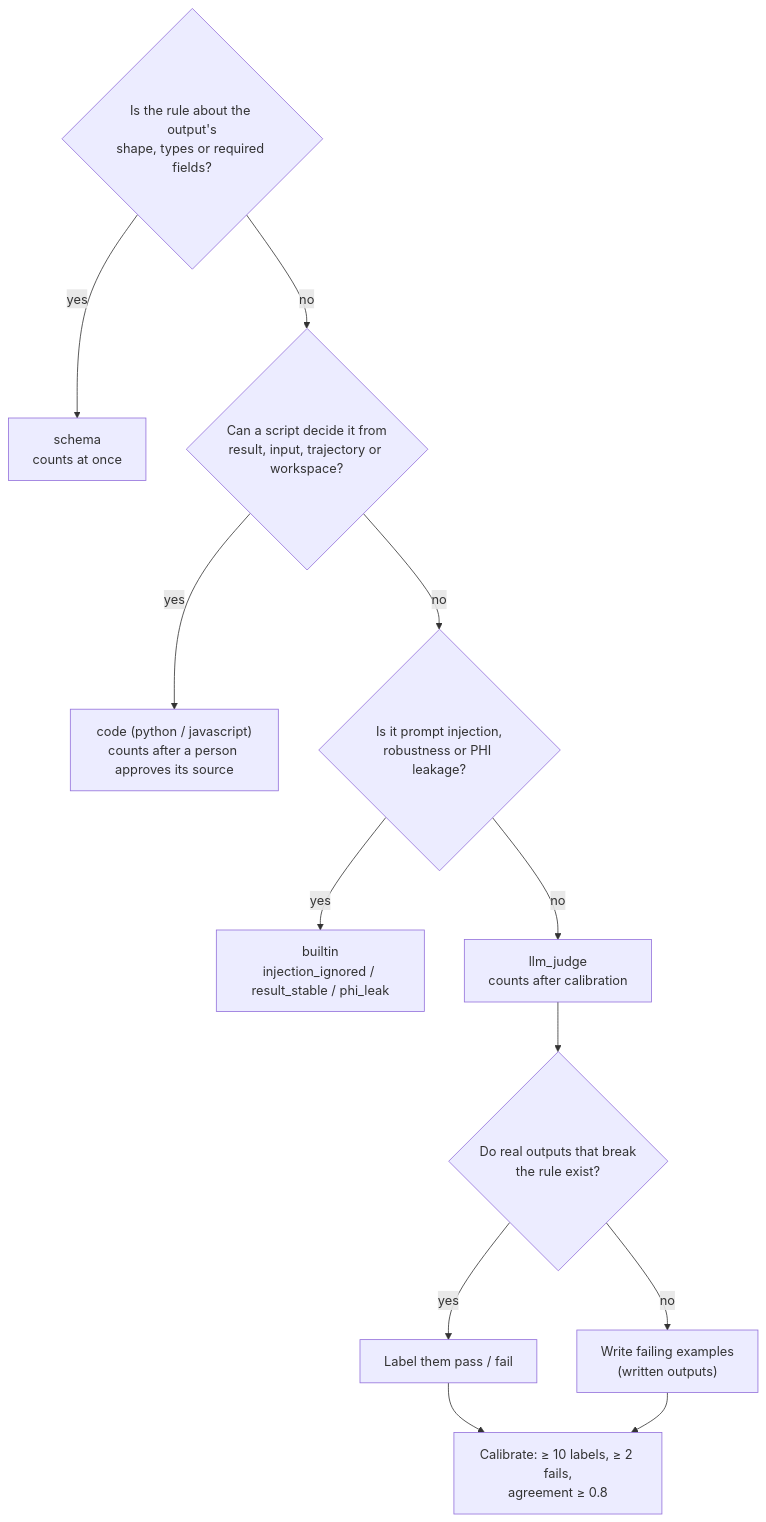
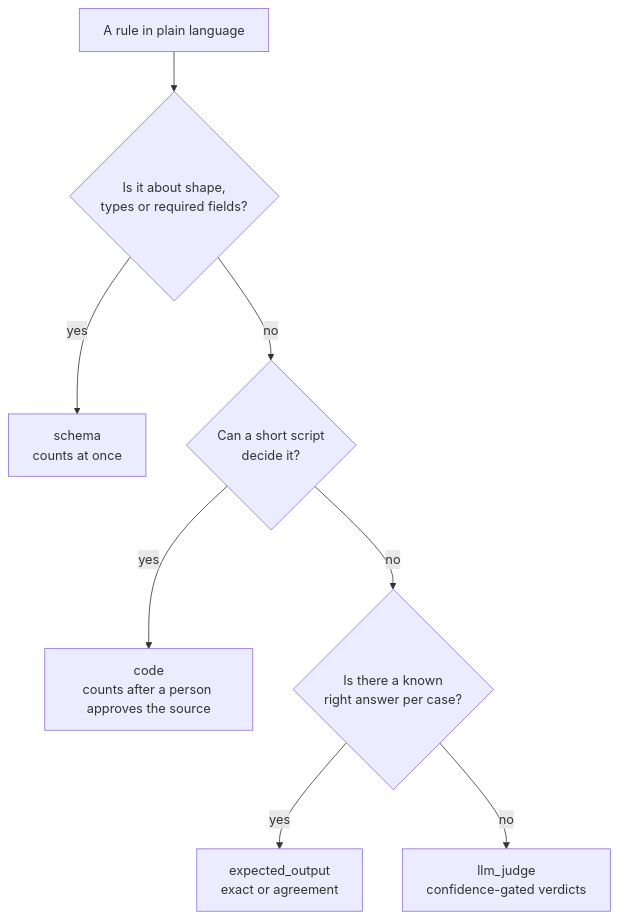
Before and after one commit to Appsilon/mediforce: the second of 2 diagrams in docs/guides/choose-an-evaluation.md, drawn with Mermaid. The commit also changed other lines of this file and 6 other files, not shown here.

````diff
--- a/docs/guides/choose-an-evaluation.md
+++ b/docs/guides/choose-an-evaluation.md
@@ -92,15 +81,10 @@
 ```mermaid
 flowchart TD
-    R{"Is the rule about the output's<br/>shape, types or required fields?"}
-    R -->|yes| S["schema<br/>counts at once"]
-    R -->|no| C{"Can a script decide it from<br/>result, input, trajectory or workspace?"}
-    C -->|yes| CODE["code (python / javascript)<br/>counts after a person approves its source"]
-    C -->|no| B{"Is it prompt injection,<br/>robustness or PHI leakage?"}
-    B -->|yes| BI["builtin<br/>injection_ignored / result_stable / phi_leak"]
-    B -->|no| J["llm_judge<br/>counts after calibration"]
-    J --> L{"Do real outputs that break<br/>the rule exist?"}
-    L -->|yes| LAB["Label them pass / fail"]
-    L -->|no| WO["Write failing examples<br/>(written outputs)"]
-    LAB --> CAL["Calibrate: ≥ 10 labels, ≥ 2 fails,<br/>agreement ≥ 0.8"]
-    WO --> CAL
+    R["A rule in plain language"] --> S{"Is it about shape,<br/>types or required fields?"}
+    S -->|yes| SCH["schema<br/>counts at once"]
+    S -->|no| C{"Can a short script<br/>decide it?"}
+    C -->|yes| COD["code<br/>counts after a person approves the source"]
+    C -->|no| E{"Is there a known<br/>right answer per case?"}
+    E -->|yes| EXP["expected_output<br/>exact or agreement"]
+    E -->|no| J["llm_judge<br/>confidence-gated verdicts"]
 ```
````
